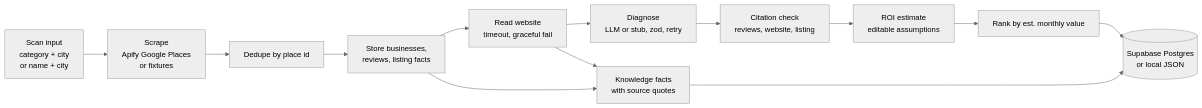
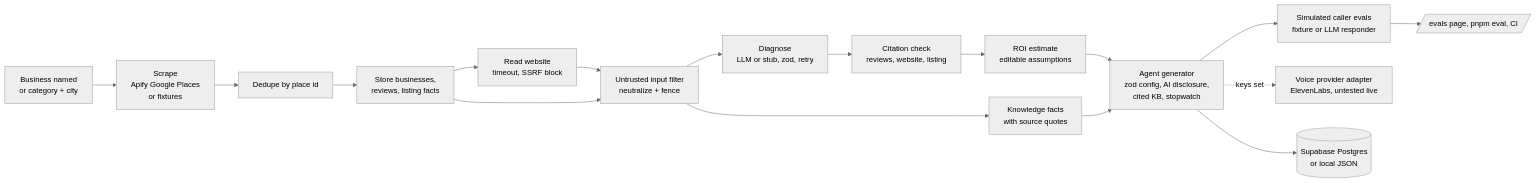
Before and after one commit to adamtpang/ringring.run: the diagram in README.md, drawn with Mermaid (neutral theme). The commit also changed other lines of this file and 2 other files, not shown here.

Commit message:
README: architecture, untrusted input, evals, judging status, voice env names; honest landing plan

````diff
--- a/README.md
+++ b/README.md
@@ -27,15 +34,19 @@
 ```mermaid
 flowchart LR
-  A[Scan input<br/>category + city<br/>or name + city] --> B[Scrape<br/>Apify Google Places<br/>or fixtures]
+  A[Business named<br/>or category + city] --> B[Scrape<br/>Apify Google Places<br/>or fixtures]
   B --> C[Dedupe by place id]
   C --> D[Store businesses,<br/>reviews, listing facts]
-  D --> E[Read website<br/>timeout, graceful fail]
-  E --> F[Diagnose<br/>LLM or stub, zod, retry]
+  D --> E[Read website<br/>timeout, SSRF block]
+  E --> U[Untrusted input filter<br/>neutralize + fence]
+  D --> U
+  U --> F[Diagnose<br/>LLM or stub, zod, retry]
   F --> G[Citation check<br/>reviews, website, listing]
   G --> H[ROI estimate<br/>editable assumptions]
-  H --> I[Rank by est. monthly value]
-  E --> K[Knowledge facts<br/>with source quotes]
-  D --> K
-  I --> J[(Supabase Postgres<br/>or local JSON)]
-  K --> J
+  U --> K[Knowledge facts<br/>with source quotes]
+  H --> AG[Agent generator<br/>zod config, AI disclosure,<br/>cited KB, stopwatch]
+  K --> AG
+  AG --> EV[Simulated caller evals<br/>fixture or LLM responder]
+  AG -. keys set .-> V[Voice provider adapter<br/>ElevenLabs, untested live]
+  AG --> J[(Supabase Postgres<br/>or local JSON)]
+  EV --> UI[/evals page, pnpm eval, CI/]
 ```
````
